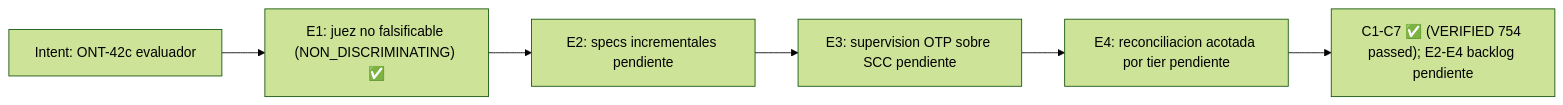
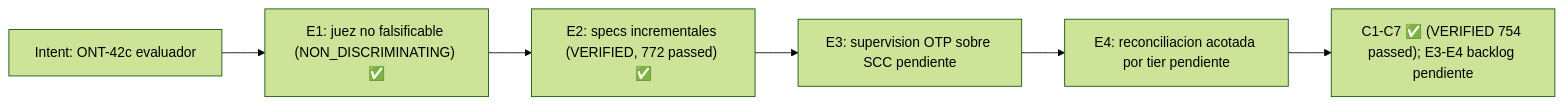
One commit to ancrz/agent-execution-plane changed the third of 4 diagrams in docs/MILESTONES.md. Above: the diagram before and after it, drawn with Mermaid (forest theme). The commit also changed other lines of this file and 4 other files, not shown here.

First line of the commit message:
docs(pipeline): record backlog and E2 VERIFIED, clean-room install findings

````diff
--- a/docs/MILESTONES.md
+++ b/docs/MILESTONES.md
@@ -244,8 +244,8 @@
 ```mermaid
 flowchart LR
     I6["Intent: ONT-42c evaluador"] --> E1["E1: juez no falsificable (NON_DISCRIMINATING) ✅"]
-    E1 --> E2["E2: specs incrementales pendiente"]
+    E1 --> E2["E2: specs incrementales (VERIFIED, 772 passed) ✅"]
     E2 --> E3["E3: supervision OTP sobre SCC pendiente"]
     E3 --> E4["E4: reconciliacion acotada por tier pendiente"]
-    E4 --> C7["C1-C7 ✅ (VERIFIED 754 passed); E2-E4 backlog pendiente"]
+    E4 --> C7["C1-C7 ✅ (VERIFIED 754 passed); E3-E4 backlog pendiente"]
 ```
````
